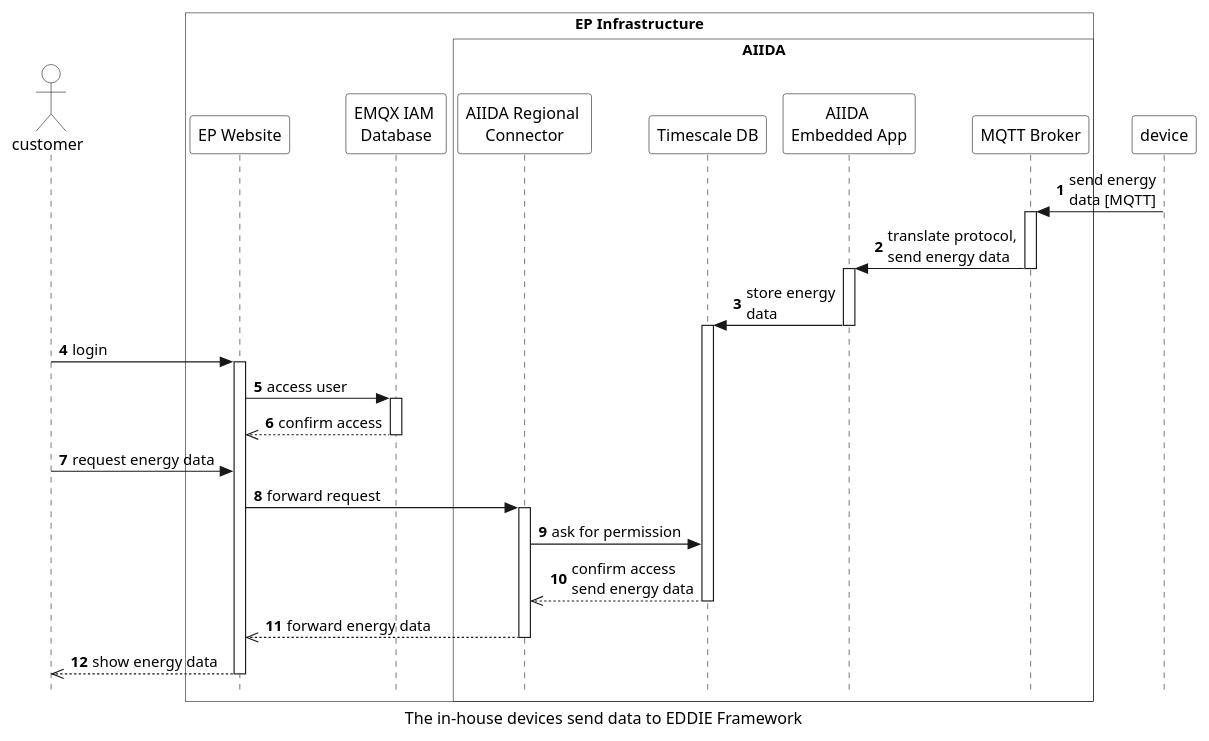
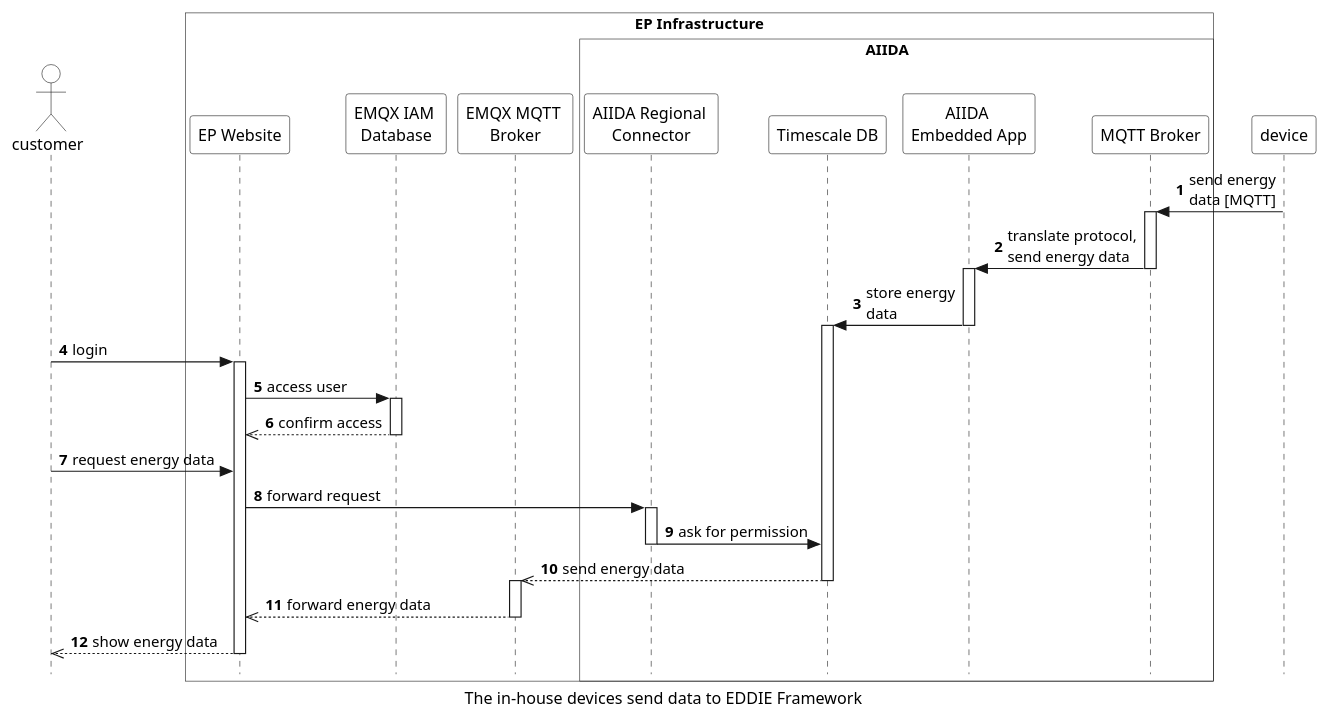
Before and after one commit to eddie-energy/architecture: the diagram in arc42/aiida/runtime-view/figures/aiida_send_data.puml, drawn with PlantUML. The commit also changed 4 other files, not shown here.

```diff
--- a/arc42/aiida/runtime-view/figures/aiida_send_data.puml
+++ b/arc42/aiida/runtime-view/figures/aiida_send_data.puml
@@ -1,64 +1,68 @@
 @startuml aiida_send_data
 'sequence diagram
 caption The in-house devices send data to EDDIE Framework
 
 skinparam style strictuml
 skinparam sequence {
   ParticipantBackgroundColor transparent
   ActorBackgroundColor transparent
 }
 
 autonumber
 !pragma teoz true
 actor customer
 
 box "Device" as device
 end box
 
 box "EP Infrastructure" #transparent
 
     participant "EP Website" as website
       participant "EMQX IAM \nDatabase" as database
+    participant "EMQX MQTT \nBroker" as mqttbroker
+    
     box "\tAIIDA\t\t"  #transparent
     participant "AIIDA Regional \nConnector" as connector
      participant "Timescale DB" as timescale
       participant "AIIDA \nEmbedded App"  as app
       participant "MQTT Broker" as broker
   end box
 
 end box
 
 
 device -> broker : send energy\ndata [MQTT]
 activate broker
 broker -> app : translate protocol,\nsend energy data
 deactivate broker
 activate app
 app -> timescale : store energy\ndata
 activate timescale
 deactivate app
 
 customer -> website : login
 activate website
 website -> database : access user 
 activate database
 database -->> website : confirm access 
 deactivate database
 
 
 customer -> website : request energy data
 website -> connector : forward request
 
 activate connector
 connector -> timescale : ask for permission
-timescale -->>  connector  : confirm access\nsend energy data
+deactivate connector
+timescale -->>  mqttbroker  :send energy data
+activate mqttbroker
 deactivate timescale
-connector -->> website : forward energy data
-deactivate connector
+mqttbroker -->> website : forward energy data
+deactivate mqttbroker
 deactivate database
 website -->> customer : show energy data
 deactivate website
 
 
 
 @enduml
```
